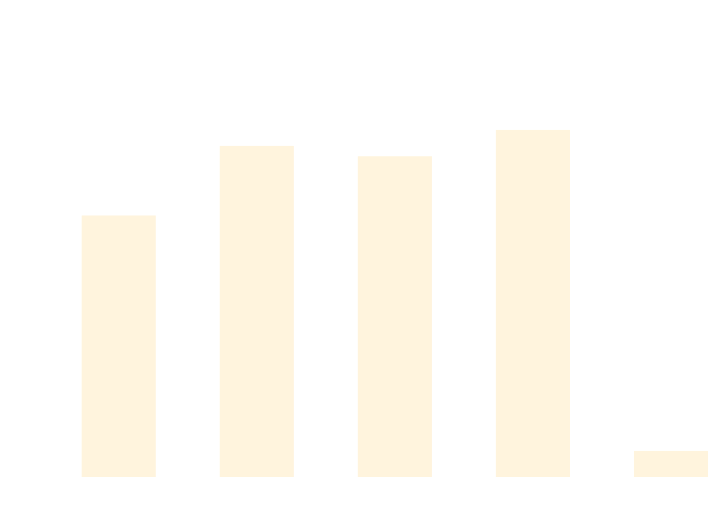
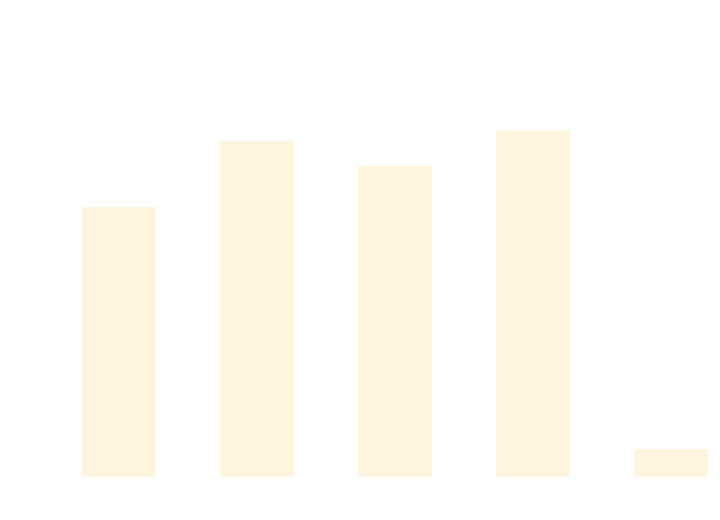
Before and after one commit to thomhurst/TUnit: the diagram in docs/docs/benchmarks/ScaleTests.md, drawn with Mermaid. The commit also changed other lines of this file and 17 other files, not shown here.

````diff
--- a/docs/docs/benchmarks/ScaleTests.md
+++ b/docs/docs/benchmarks/ScaleTests.md
@@ -27,37 +27,37 @@
 ```mermaid
 %%{init: {
   'theme':'base',
   'themeVariables': {
     'primaryColor': '#2563eb',
     'primaryTextColor': '#ffffff',
     'primaryBorderColor': '#1e40af',
     'lineColor': '#6b7280',
     'secondaryColor': '#7c3aed',
     'tertiaryColor': '#dc2626',
     'background': '#ffffff',
     'mainBkg': '#2563eb',
     'secondBkg': '#7c3aed',
     'tertiaryBkg': '#dc2626',
     'clusterBkg': '#f3f4f6',
     'edgeLabelBackground': '#ffffff',
     'tertiaryTextColor': '#1f2937',
     'pie1': '#2563eb',
     'pie2': '#7c3aed',
     'pie3': '#dc2626',
     'pie4': '#f59e0b',
     'pie5': '#10b981',
     'pie6': '#06b6d4',
     'pie7': '#ec4899',
     'pie8': '#6366f1',
     'pie9': '#84cc16',
     'pie10': '#f97316',
     'pie11': '#14b8a6',
     'pie12': '#a855f7'
   }
 }}%%
 xychart-beta
   title "ScaleTests Performance Comparison"
   x-axis ["TUnit", "NUnit", "MSTest", "xUnit3", "TUnit_AOT"]
-  y-axis "Time (ms)" 0 --> 791
-  bar [492.7, 627.91, 607.82, 658.98, 35.09]
+  y-axis "Time (ms)" 0 --> 741
+  bar [476.89, 597.73, 551.41, 616.73, 35.91]
 ```
````
